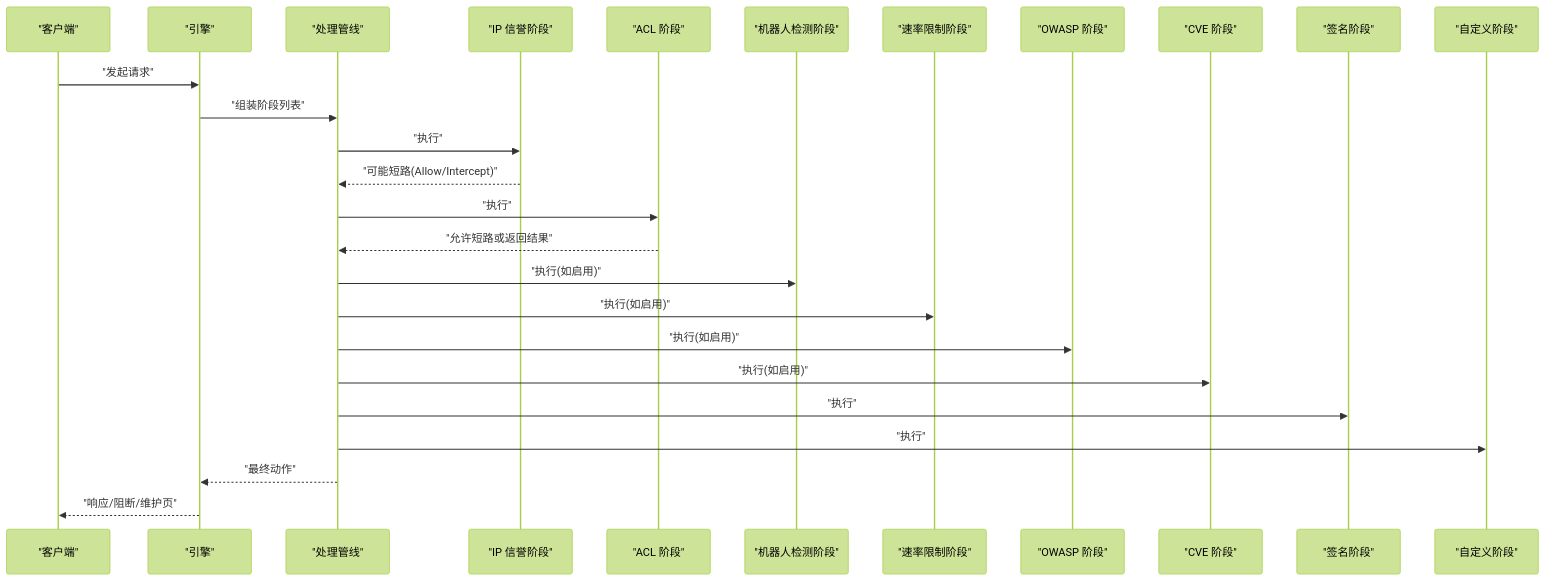
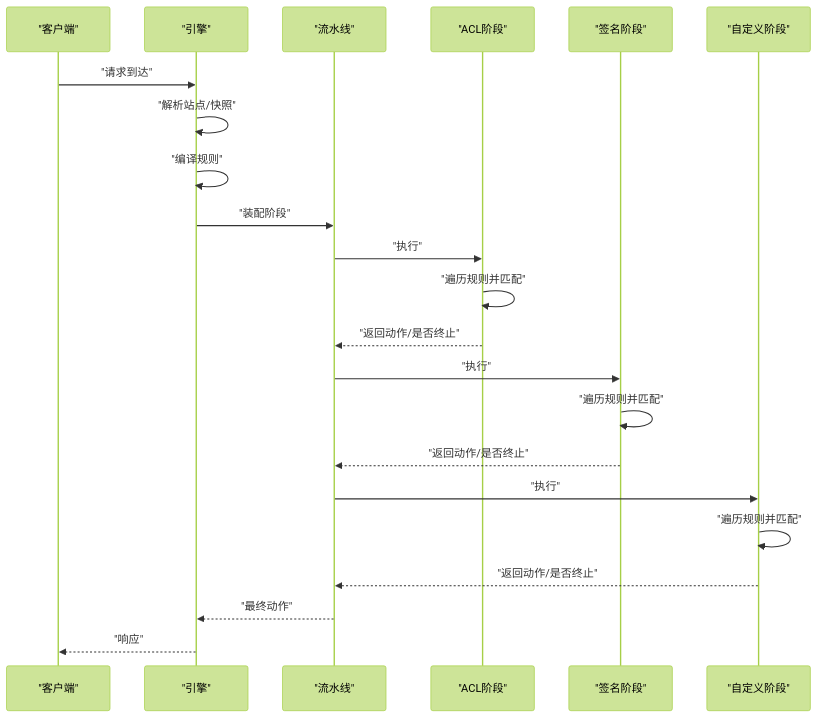
Before and after one commit to x01n/My-OpenWaf: the second of 5 diagrams in docs/WAF 引擎系统/处理阶段详解/ACL 访问控制阶段.md, drawn with Mermaid (forest theme). The commit also changed other lines of this file and 199 other files, not shown here.

````diff
--- a/docs/WAF 引擎系统/处理阶段详解/ACL 访问控制阶段.md
+++ b/docs/WAF 引擎系统/处理阶段详解/ACL 访问控制阶段.md
@@ -122,28 +104,24 @@
 ```mermaid
 sequenceDiagram
 participant Client as "客户端"
 participant Engine as "引擎"
-participant Pipe as "处理管线"
-participant IPRep as "IP 信誉阶段"
-participant ACL as "ACL 阶段"
-participant Bot as "机器人检测阶段"
-participant RL as "速率限制阶段"
-participant OWASP as "OWASP 阶段"
-participant CVE as "CVE 阶段"
+participant Pipe as "流水线"
+participant ACL as "ACL阶段"
 participant Sig as "签名阶段"
-participant Custom as "自定义阶段"
-Client->>Engine : "发起请求"
-Engine->>Pipe : "组装阶段列表"
-Pipe->>IPRep : "执行"
-IPRep-->>Pipe : "可能短路(Allow/Intercept)"
+participant Cust as "自定义阶段"
+Client->>Engine : "请求到达"
+Engine->>Engine : "解析站点/快照"
+Engine->>Engine : "编译规则"
+Engine->>Pipe : "装配阶段"
 Pipe->>ACL : "执行"
-ACL-->>Pipe : "允许短路或返回结果"
-Pipe->>Bot : "执行(如启用)"
-Pipe->>RL : "执行(如启用)"
-Pipe->>OWASP : "执行(如启用)"
-Pipe->>CVE : "执行(如启用)"
+ACL->>ACL : "遍历规则并匹配"
+ACL-->>Pipe : "返回动作/是否终止"
 Pipe->>Sig : "执行"
-Pipe->>Custom : "执行"
+Sig->>Sig : "遍历规则并匹配"
+Sig-->>Pipe : "返回动作/是否终止"
+Pipe->>Cust : "执行"
+Cust->>Cust : "遍历规则并匹配"
+Cust-->>Pipe : "返回动作/是否终止"
 Pipe-->>Engine : "最终动作"
-Engine-->>Client : "响应/阻断/维护页"
+Engine-->>Client : "响应"
 ```
````
